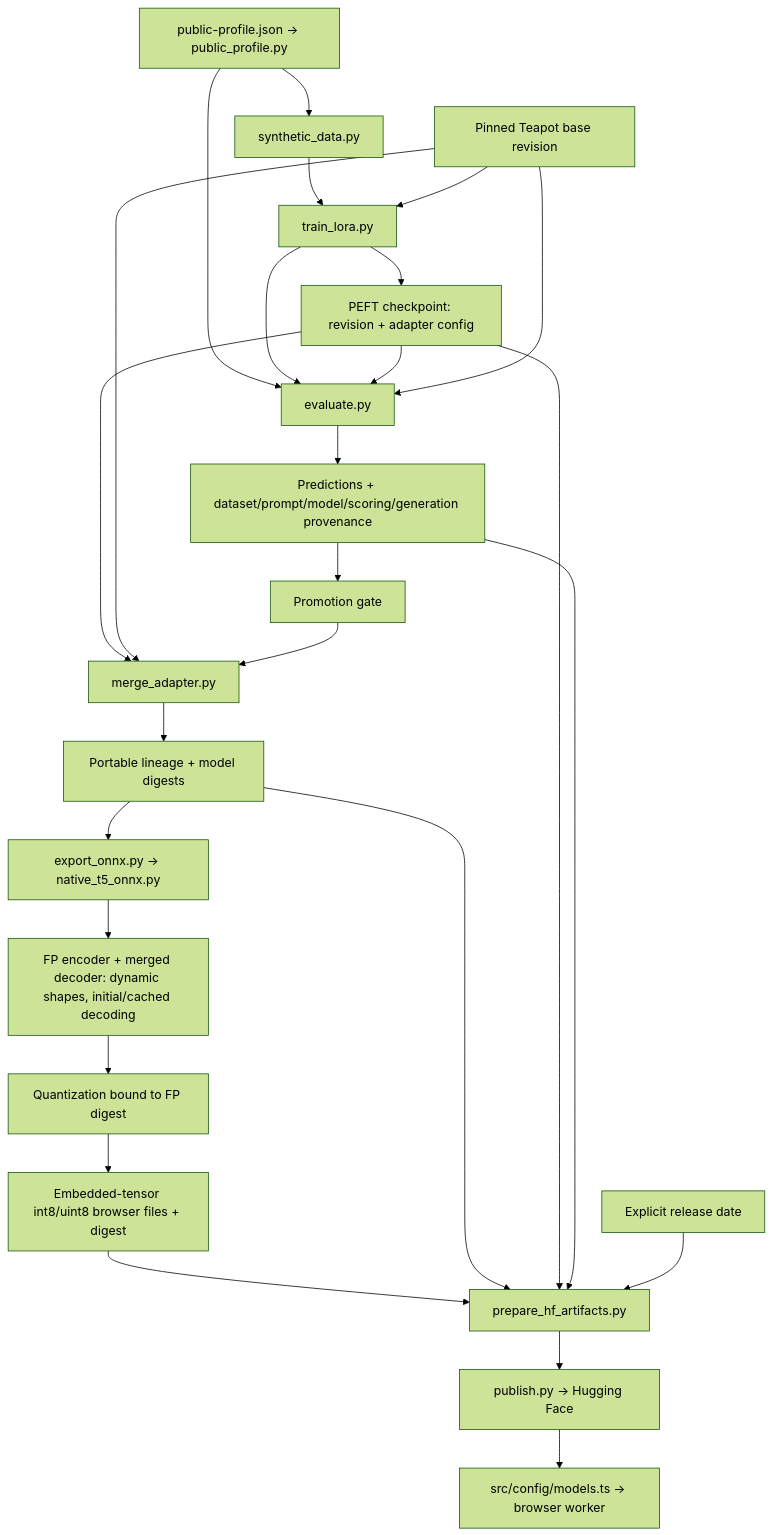
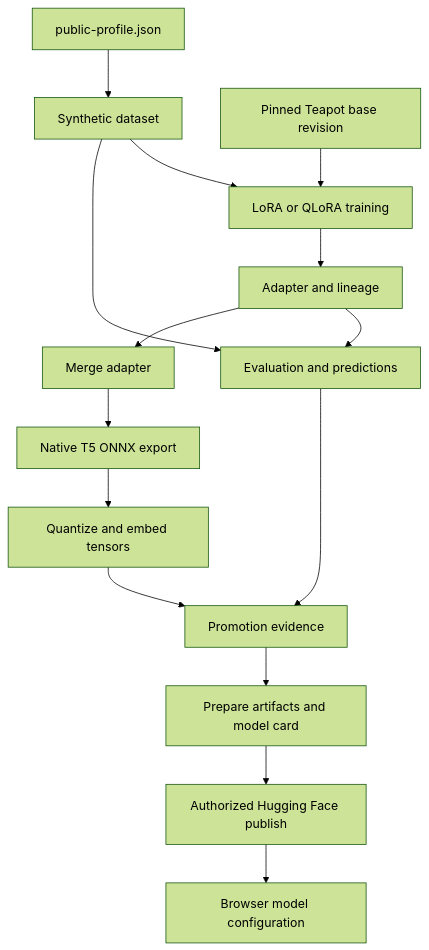
Before and after one commit to justinthelaw/justinthelaw: the fourth of 4 diagrams in docs/DIAGRAMS.md, drawn with Mermaid (forest theme). The commit also changed other lines of this file and 164 other files, not shown here.

````diff
--- a/docs/DIAGRAMS.md
+++ b/docs/DIAGRAMS.md
@@ -94,28 +97,17 @@
 ```mermaid
 flowchart TD
-  facts["public-profile.json → public_profile.py"] --> data["synthetic_data.py"]
-  facts --> eval["evaluate.py"]
-  data --> train["train_lora.py"]
-  train --> eval
+  facts["public-profile.json"] --> data["Synthetic dataset"]
+  data --> train["LoRA or QLoRA training"]
   base["Pinned Teapot base revision"] --> train
-  train --> checkpoint["PEFT checkpoint: revision + adapter config"]
-  checkpoint --> eval
-  checkpoint --> merge["merge_adapter.py"]
-  base --> eval
-  base --> merge
-  eval --> reports["Predictions + dataset/prompt/model/scoring/generation provenance"]
-  reports --> gate["Promotion gate"]
-  gate --> merge
-  merge --> lineage["Portable lineage + model digests"]
-  lineage --> export["export_onnx.py → native_t5_onnx.py"]
-  export --> fp["FP encoder + merged decoder: dynamic shapes, initial/cached decoding"]
-  fp --> quantized["Quantization bound to FP digest"]
-  quantized --> browser["Embedded-tensor int8/uint8 browser files + digest"]
-  browser --> artifacts["prepare_hf_artifacts.py"]
-  lineage --> artifacts
-  checkpoint --> artifacts
-  reports --> artifacts
-  date["Explicit release date"] --> artifacts
-  artifacts --> publish["publish.py → Hugging Face"]
-  publish --> app["src/config/models.ts → browser worker"]
+  train --> checkpoint["Adapter and lineage"]
+  checkpoint --> evaluate["Evaluation and predictions"]
+  data --> evaluate
+  checkpoint --> merge["Merge adapter"]
+  merge --> export["Native T5 ONNX export"]
+  export --> quantize["Quantize and embed tensors"]
+  evaluate --> gate["Promotion evidence"]
+  quantize --> gate
+  gate --> package["Prepare artifacts and model card"]
+  package --> publish["Authorized Hugging Face publish"]
+  publish --> config["Browser model configuration"]
 ```
````
